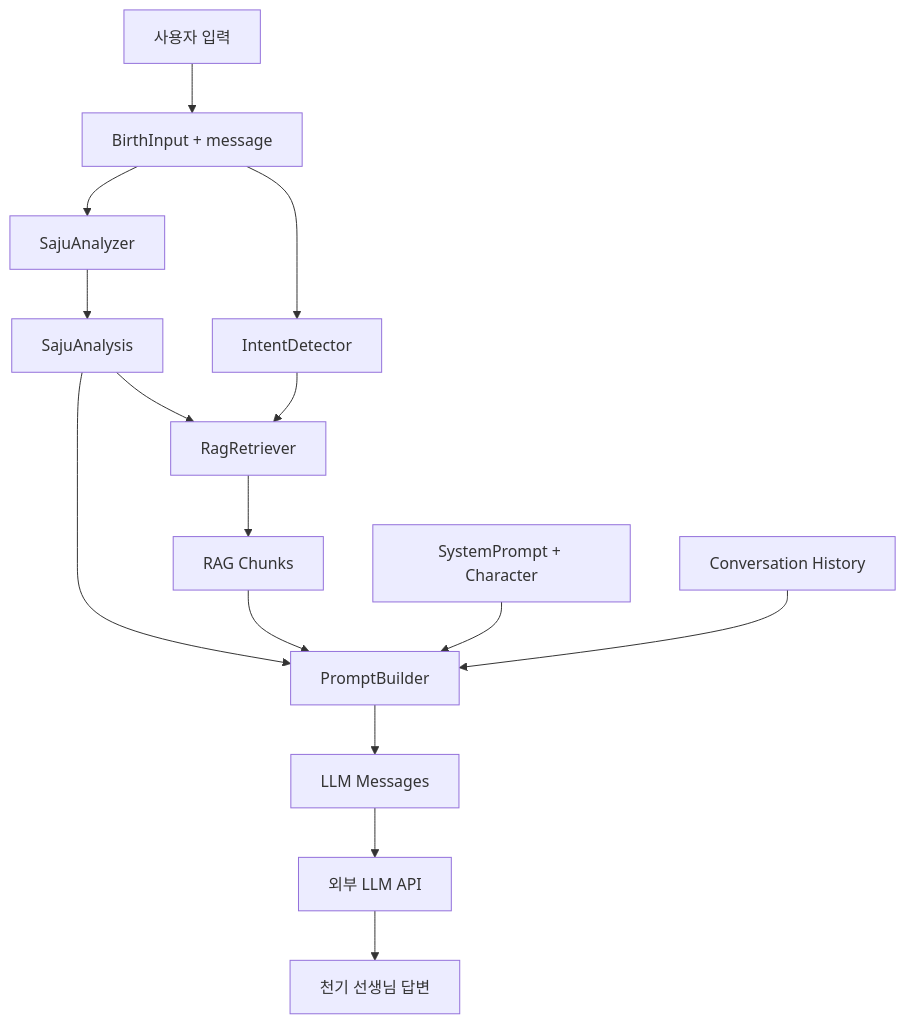
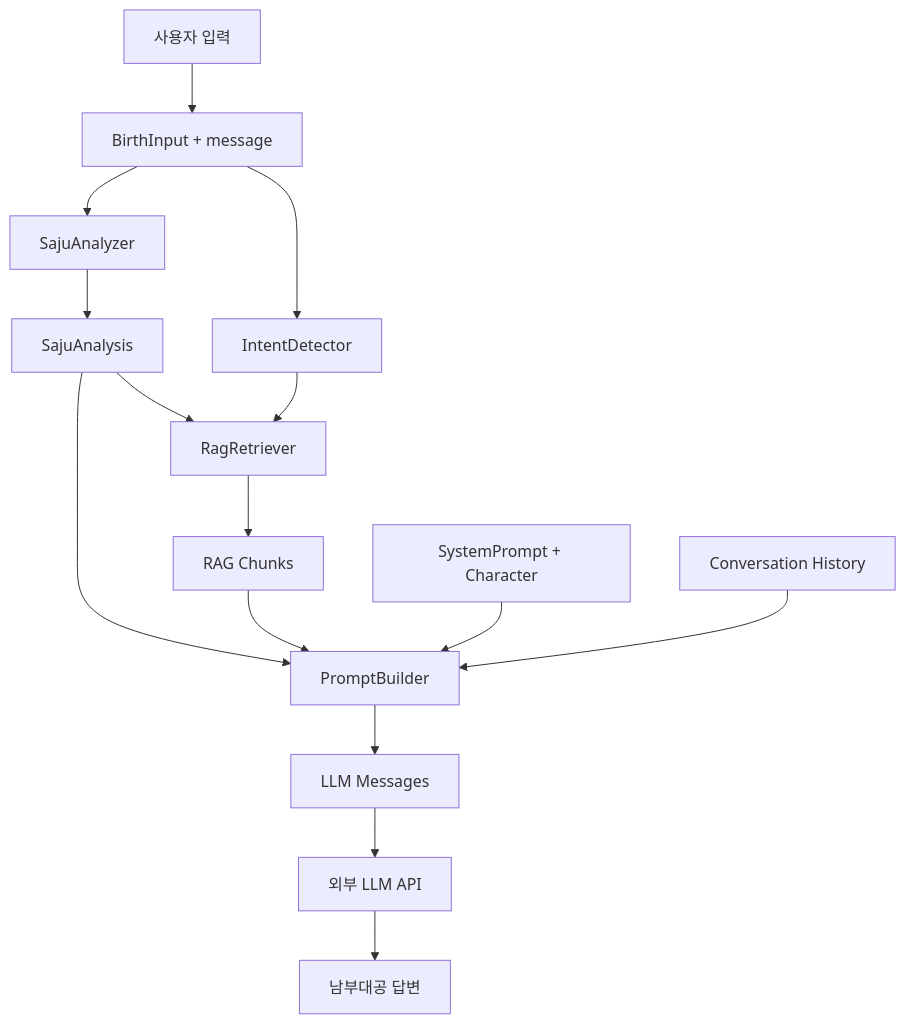
Before and after one commit to axlab-cream/chungi-t: the diagram in ARCHITECTURE.md, drawn with Mermaid. The commit also changed other lines of this file and 24 other files, not shown here.

````diff
--- a/ARCHITECTURE.md
+++ b/ARCHITECTURE.md
@@ -7,17 +7,17 @@
 ```mermaid
 flowchart TD
   A[사용자 입력] --> B[BirthInput + message]
   B --> C[SajuAnalyzer]
   C --> D[SajuAnalysis]
   B --> E[IntentDetector]
   D --> F[RagRetriever]
   E --> F
   F --> G[RAG Chunks]
   D --> H[PromptBuilder]
   G --> H
   I[SystemPrompt + Character] --> H
   J[Conversation History] --> H
   H --> K[LLM Messages]
   K --> L[외부 LLM API]
-  L --> M[천기 선생님 답변]
+  L --> M[남부대공 답변]
 ```
````
